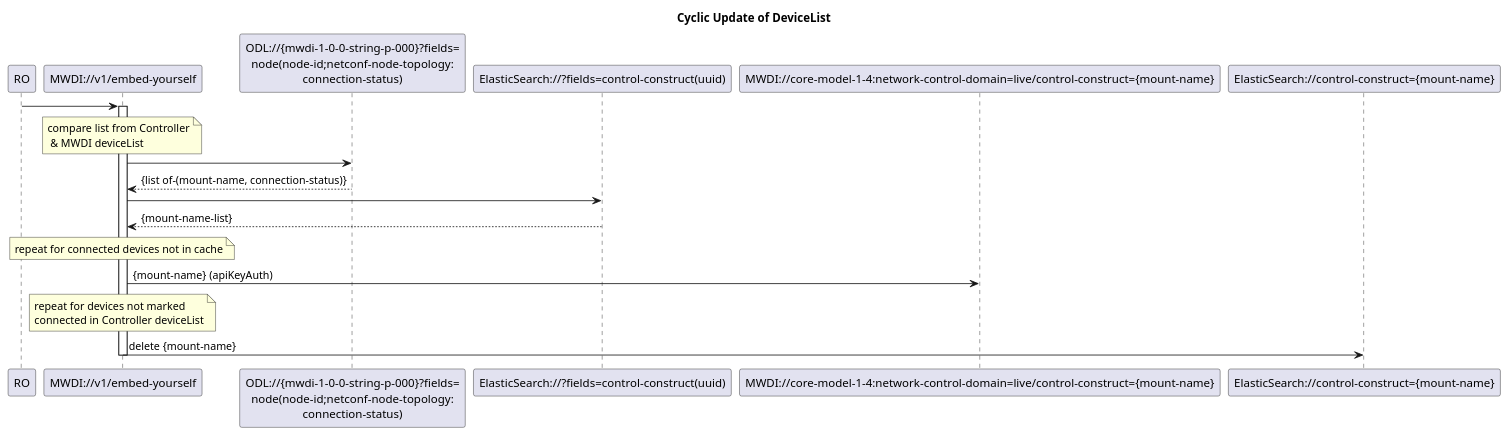
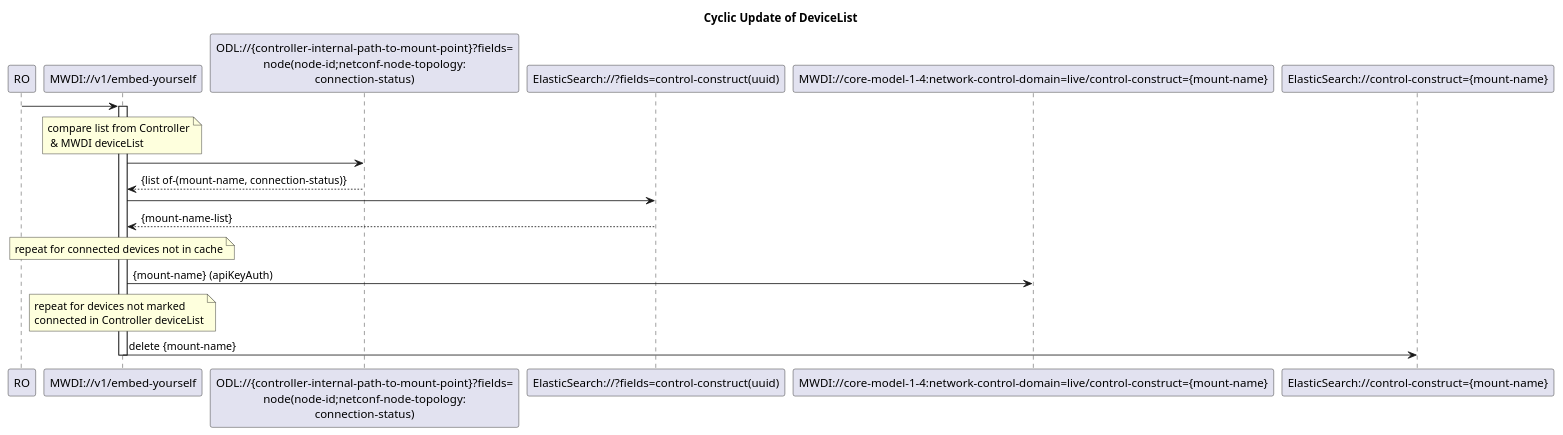
Before and after one commit to openBackhaul/MicroWaveDeviceInventory: the diagram in spec/diagrams/00x_CyclicOperationBasedDeviceListSync.plantuml, drawn with PlantUML. The commit also changed 3 other files, not shown here.

Commit message:
Review ForwardingList after merge of #301 branch Fixes #311 update diagrams

```diff
--- a/spec/diagrams/00x_CyclicOperationBasedDeviceListSync.plantuml
+++ b/spec/diagrams/00x_CyclicOperationBasedDeviceListSync.plantuml
@@ -1,32 +1,32 @@
 @startuml 00x_CyclicOperationBasedDeviceListSync
 skinparam responseMessageBelowArrow true
 
 title  Cyclic Update of DeviceList
 
 participant "RO" as ro
 participant "MWDI://v1/embed-yourself" as mwdi
-participant "ODL://{mwdi-1-0-0-string-p-000}?fields=\nnode(node-id;netconf-node-topology:\nconnection-status)" as odlConnectionStatus
+participant "ODL://{controller-internal-path-to-mount-point}?fields=\nnode(node-id;netconf-node-topology:\nconnection-status)" as odlConnectionStatus
 participant "ElasticSearch://?fields=control-construct(uuid)" as ConnectedDeviceList
 participant "MWDI://core-model-1-4:network-control-domain=live/control-construct={mount-name}" as ControlConstruct
 participant "ElasticSearch://control-construct={mount-name}" as es
 
 ro -> mwdi
 activate mwdi
 
 note over mwdi: compare list from Controller\n & MWDI deviceList
 'get deviceList from Controller
 mwdi -> odlConnectionStatus
 odlConnectionStatus --> mwdi: {list of-(mount-name, connection-status)}
 
 'get MWDI deviceList from ElasticSearch
 mwdi -> ConnectedDeviceList
 ConnectedDeviceList --> mwdi: {mount-name-list}
 
 note over mwdi: repeat for connected devices not in cache
 mwdi -> ControlConstruct: {mount-name} (apiKeyAuth)
 
 note over mwdi: repeat for devices not marked \nconnected in Controller deviceList
 mwdi -> es: delete {mount-name}
 deactivate mwdi
 
 @enduml
```
